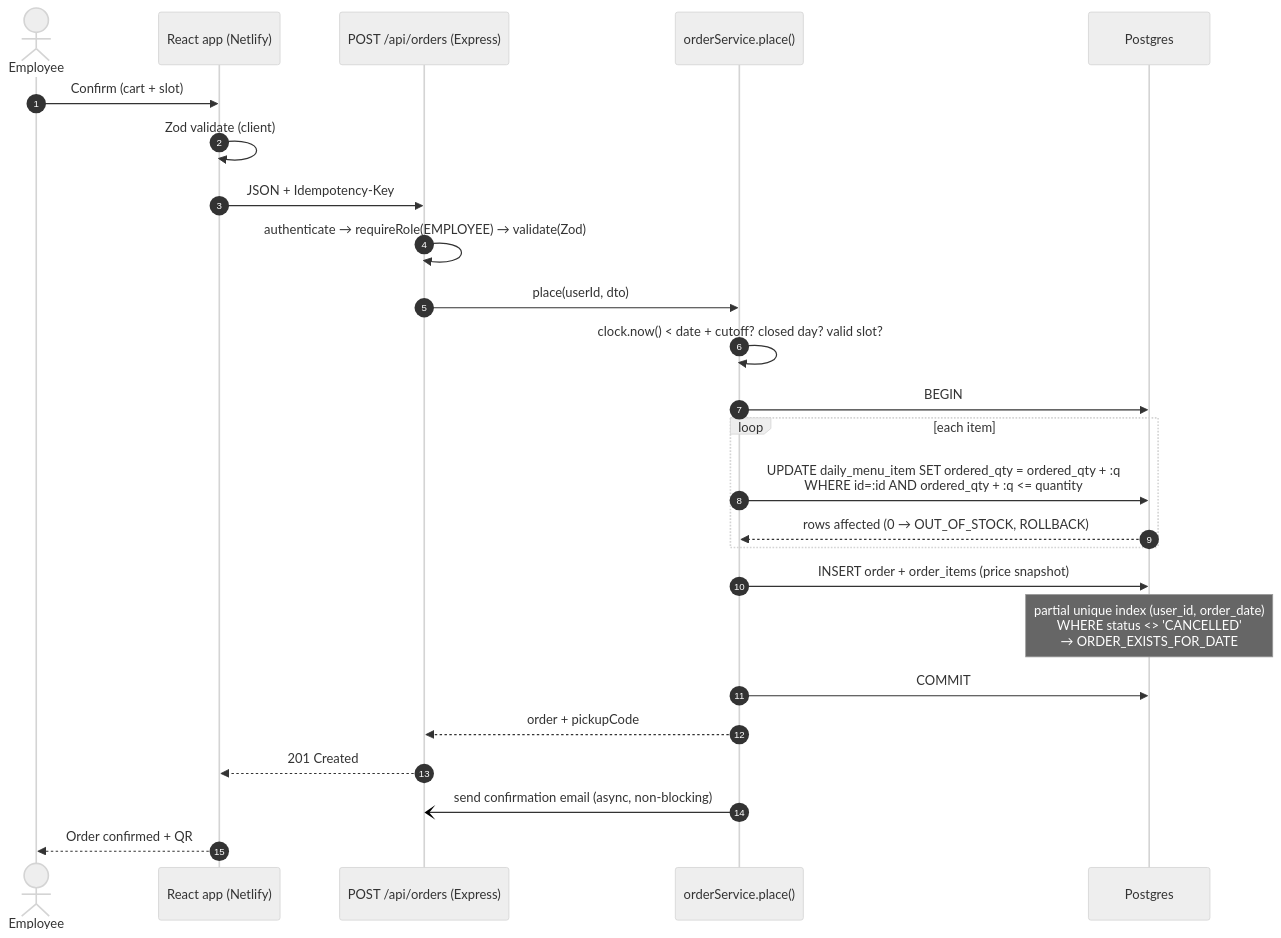
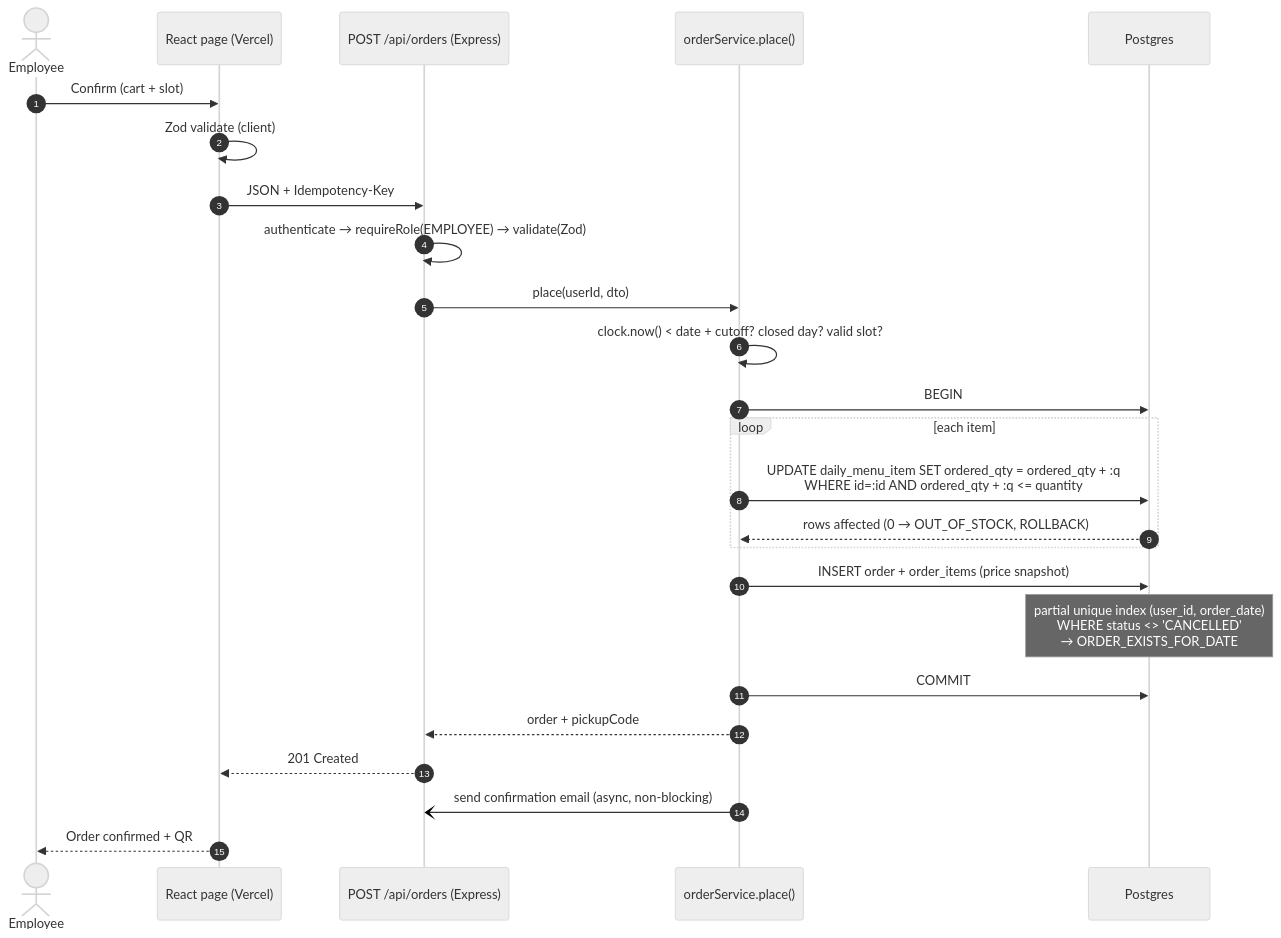
The fourth of 5 diagrams in docs/05-architecture.md (calvinanshul/RubicocanteenQ), drawn with Mermaid (neutral theme) before and after one commit. The commit also changed other lines of this file and 20 other files, not shown here.

````diff
--- a/docs/05-architecture.md
+++ b/docs/05-architecture.md
@@ -126,28 +120,28 @@
 ```mermaid
 sequenceDiagram
     autonumber
     actor E as Employee
-    participant UI as React app (Netlify)
+    participant UI as React page (Vercel)
     participant API as POST /api/orders (Express)
     participant SVC as orderService.place()
     participant DB as Postgres
 
     E->>UI: Confirm (cart + slot)
     UI->>UI: Zod validate (client)
     UI->>API: JSON + Idempotency-Key
     API->>API: authenticate → requireRole(EMPLOYEE) → validate(Zod)
     API->>SVC: place(userId, dto)
     SVC->>SVC: clock.now() < date + cutoff? closed day? valid slot?
     SVC->>DB: BEGIN
     loop each item
         SVC->>DB: UPDATE daily_menu_item SET ordered_qty = ordered_qty + :q<br/>WHERE id=:id AND ordered_qty + :q <= quantity
         DB-->>SVC: rows affected (0 → OUT_OF_STOCK, ROLLBACK)
     end
     SVC->>DB: INSERT order + order_items (price snapshot)
     Note over DB: partial unique index (user_id, order_date)<br/>WHERE status <> 'CANCELLED'<br/>→ ORDER_EXISTS_FOR_DATE
     SVC->>DB: COMMIT
     SVC-->>API: order + pickupCode
     API-->>UI: 201 Created
     SVC-)API: send confirmation email (async, non-blocking)
     UI-->>E: Order confirmed + QR
 ```
````
